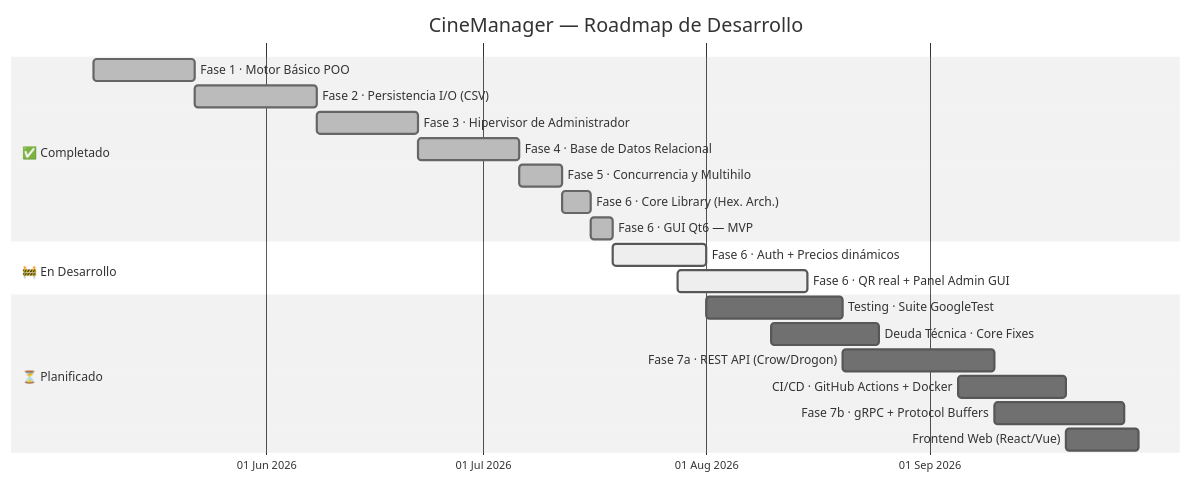
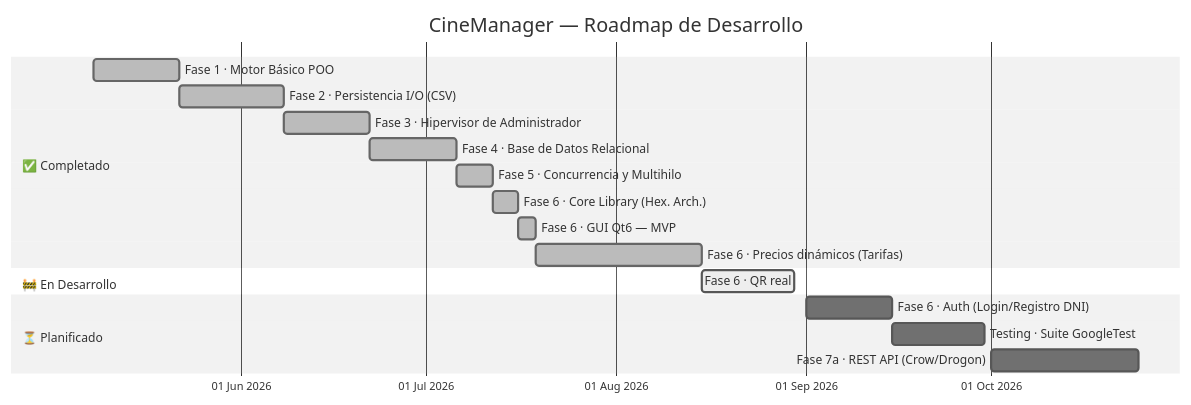
One commit to jorgebd21/CineManager changed the diagram in docs/roadmap.md. Above: the diagram before and after it, drawn with Mermaid (neutral theme). The commit also changed other lines of this file and 2 other files, not shown here.

First line of the commit message:
docs: update roadmap, dev documentation, and README

````diff
--- a/docs/roadmap.md
+++ b/docs/roadmap.md
@@ -9,27 +9,24 @@
 ```mermaid
 gantt
     title CineManager — Roadmap de Desarrollo
     dateFormat  YYYY-MM-DD
     axisFormat  %d %b %Y
 
     section ✅ Completado
     Fase 1 · Motor Básico POO             :done, f1,  2026-05-08, 2026-05-22
     Fase 2 · Persistencia I/O (CSV)       :done, f2,  2026-05-22, 2026-06-08
     Fase 3 · Hipervisor de Administrador  :done, f3,  2026-06-08, 2026-06-22
     Fase 4 · Base de Datos Relacional     :done, f4,  2026-06-22, 2026-07-06
     Fase 5 · Concurrencia y Multihilo     :done, f5,  2026-07-06, 2026-07-12
     Fase 6 · Core Library (Hex. Arch.)    :done, f6,  2026-07-12, 2026-07-16
     Fase 6 · GUI Qt6 — MVP               :done, f6a, 2026-07-16, 2026-07-19
+    Fase 6 · Precios dinámicos (Tarifas)  :done, f6b, 2026-07-19, 2026-08-15
 
     section 🚧 En Desarrollo
-    Fase 6 · Auth + Precios dinámicos     :active, f6b, 2026-07-19, 2026-08-01
-    Fase 6 · QR real + Panel Admin GUI    :active, f6c, 2026-07-28, 2026-08-15
+    Fase 6 · QR real                      :active, f6c, 2026-08-15, 2026-08-30
 
     section ⏳ Planificado
-    Testing · Suite GoogleTest            :f_test, 2026-08-01, 2026-08-20
-    Deuda Técnica · Core Fixes            :fdt,    2026-08-10, 2026-08-25
-    Fase 7a · REST API (Crow/Drogon)      :f7a,    2026-08-20, 2026-09-10
-    CI/CD · GitHub Actions + Docker       :fci,    2026-09-05, 2026-09-20
-    Fase 7b · gRPC + Protocol Buffers     :f7b,    2026-09-10, 2026-09-28
-    Frontend Web (React/Vue)              :fweb,   2026-09-20, 2026-09-30
+    Fase 6 · Auth (Login/Registro DNI)    :f6d,    2026-09-01, 2026-09-15
+    Testing · Suite GoogleTest            :f_test, 2026-09-15, 2026-09-30
+    Fase 7a · REST API (Crow/Drogon)      :f7a,    2026-10-01, 2026-10-25
 ```
````
